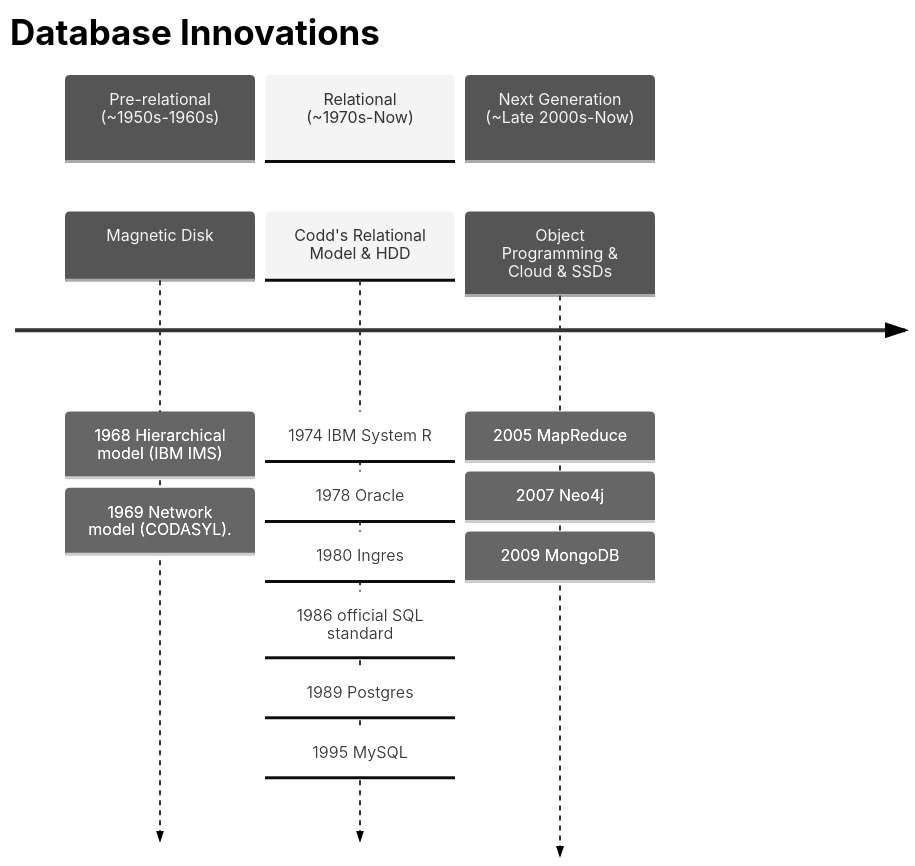
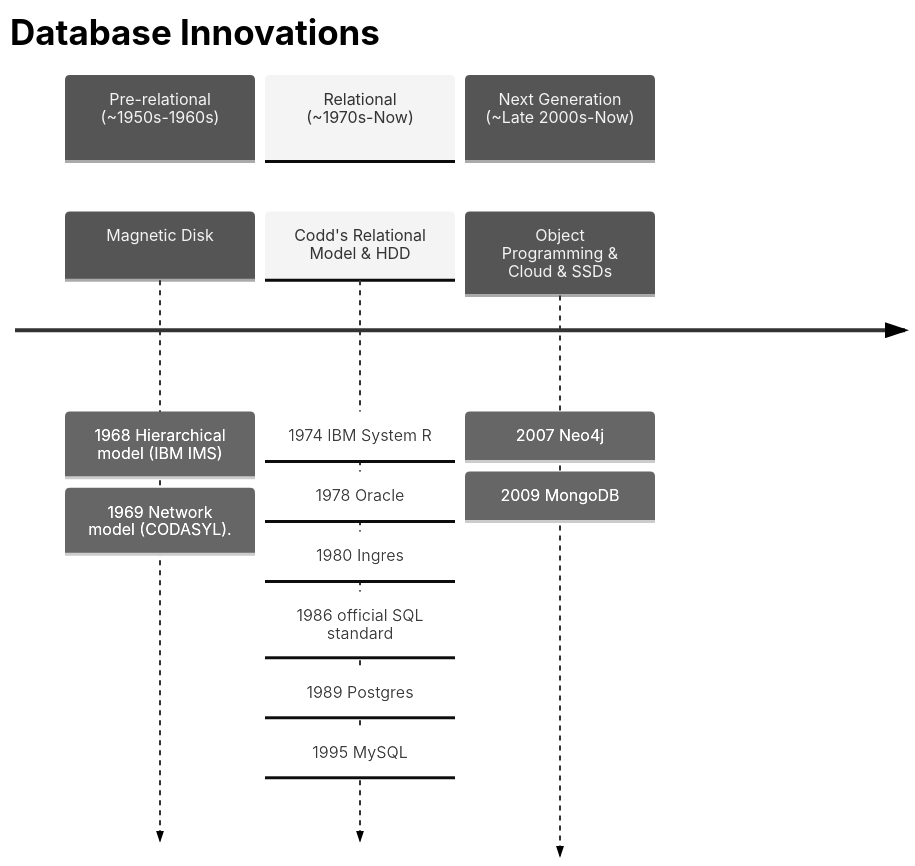
Before and after one commit to St-Jude-MS-ABDS/workshop-NoSQL: the first of 3 diagrams in 1-nosql-concept/README.md, drawn with Mermaid (neutral theme). The commit also changed 2 other files, not shown here.

Commit message:
change[mock]: questions

````diff
--- a/1-nosql-concept/README.md
+++ b/1-nosql-concept/README.md
@@ -24,20 +24,20 @@
 ```mermaid
 timeline
     title Database Innovations
     section Pre-relational (~1950s-1960s)
         Magnetic Disk : 1968 Hierarchical model (IBM IMS)
                : 1969 Network model (CODASYL).
 
     section Relational (~1970s-Now)
         Codd's Relational Model & HDD : 1974 IBM System R 
         : 1978 Oracle
         : 1980 Ingres
         : 1986 official SQL standard
         : 1989 Postgres
         : 1995 MySQL
 
     section Next Generation (~Late 2000s-Now)
-        Object Programming & Cloud & SSDs : 2005 MapReduce
+        Object Programming & Cloud & SSDs
         : 2007 Neo4j
         : 2009 MongoDB
 ```
````
